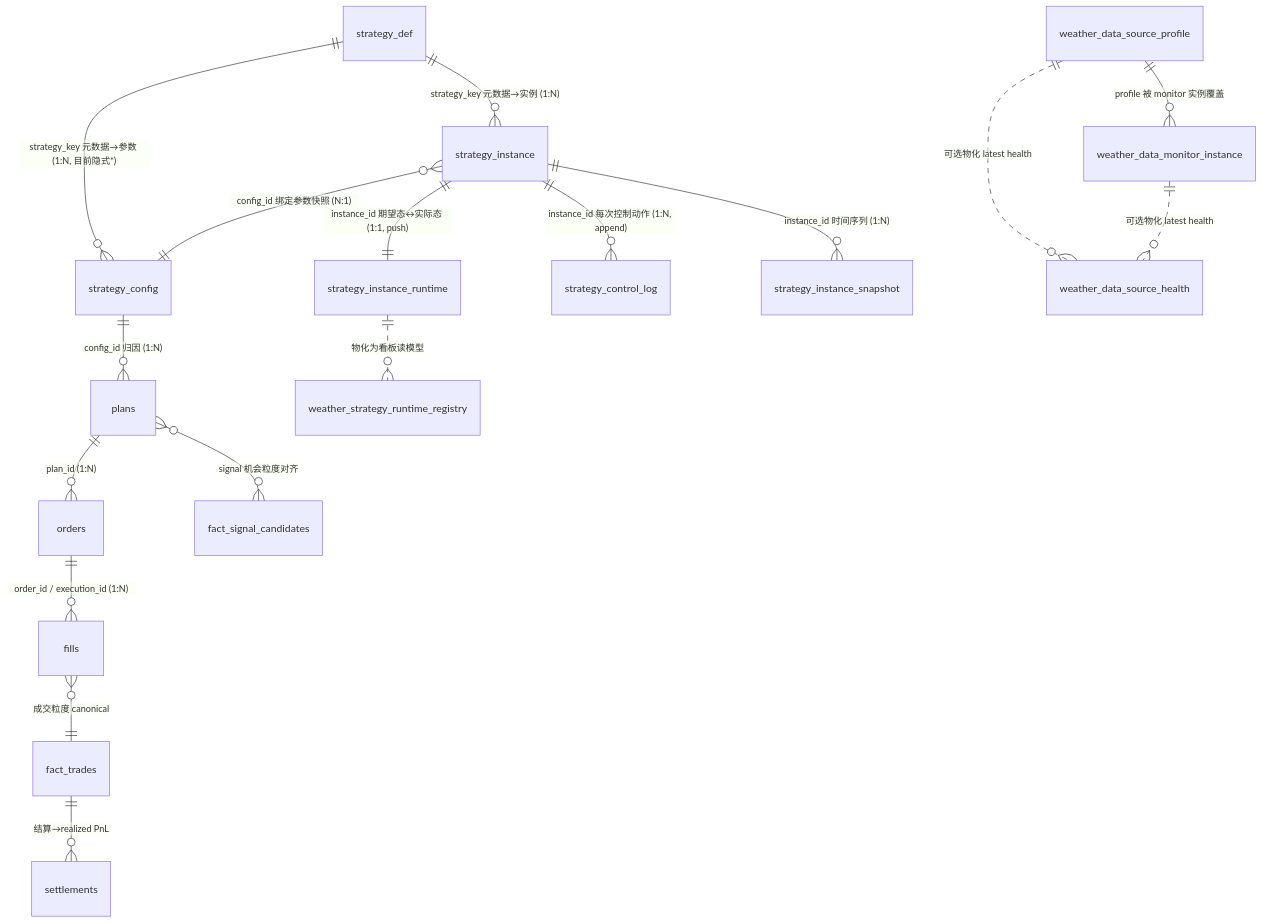
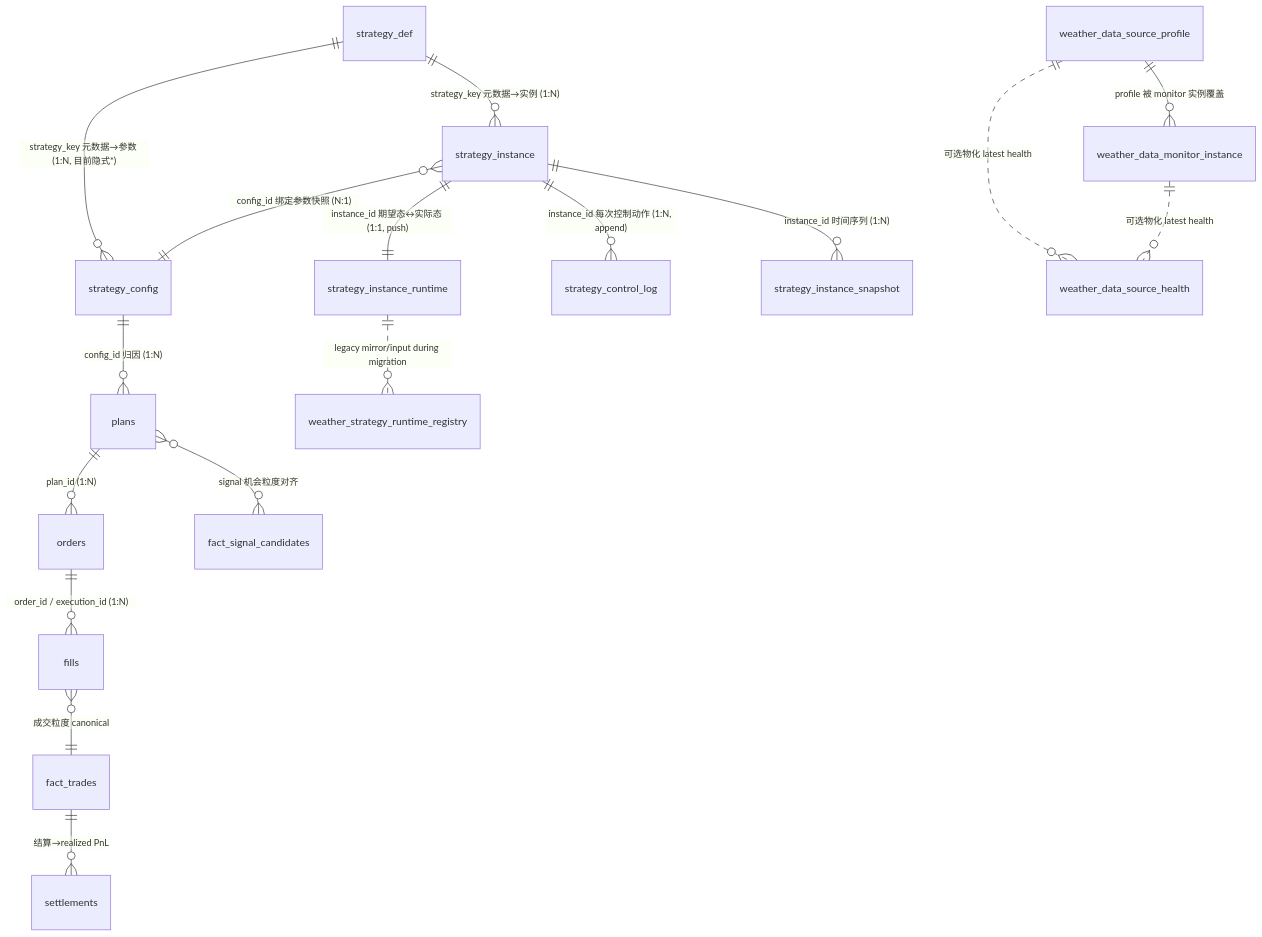
One commit to jiaruihz/pm_agents changed the diagram in docs/WEATHER_STRATEGY_RUNTIME_PLATFORM_DESIGN.md. Above: the diagram before and after it, drawn with Mermaid. The commit also changed other lines of this file and 8 other files, not shown here.

Commit message:
Add strategy runtime push-state supervisor path

````diff
--- a/docs/WEATHER_STRATEGY_RUNTIME_PLATFORM_DESIGN.md
+++ b/docs/WEATHER_STRATEGY_RUNTIME_PLATFORM_DESIGN.md
@@ -1007,24 +1020,24 @@
 ```mermaid
 erDiagram
     %% ── 定义面（元数据）──
     strategy_def ||--o{ strategy_instance : "strategy_key 元数据→实例 (1:N)"
     strategy_def ||--o{ strategy_config : "strategy_key 元数据→参数 (1:N, 目前隐式*)"
     %% ── 控制面 / 运行时面 ──
     strategy_instance ||--|| strategy_instance_runtime : "instance_id 期望态↔实际态 (1:1, push)"
     strategy_instance ||--o{ strategy_control_log : "instance_id 每次控制动作 (1:N, append)"
     strategy_instance ||--o{ strategy_instance_snapshot : "instance_id 时间序列 (1:N)"
     %% ── 实例 → 主血缘（attribution 桥）──
     strategy_instance }o--|| strategy_config : "config_id 绑定参数快照 (N:1)"
     strategy_config ||--o{ plans : "config_id 归因 (1:N)"
     plans ||--o{ orders : "plan_id (1:N)"
     orders ||--o{ fills : "order_id / execution_id (1:N)"
     plans }o--o{ fact_signal_candidates : "signal 机会粒度对齐"
     fills }o--|| fact_trades : "成交粒度 canonical"
     fact_trades ||--o{ settlements : "结算→realized PnL"
     %% ── 数据源面 ──
     weather_data_source_profile ||--o{ weather_data_monitor_instance : "profile 被 monitor 实例覆盖"
     weather_data_source_profile ||..o{ weather_data_source_health : "可选物化 latest health"
     weather_data_monitor_instance ||..o{ weather_data_source_health : "可选物化 latest health"
     %% ── 只读读模型 ──
-    strategy_instance_runtime ||..o{ weather_strategy_runtime_registry : "物化为看板读模型"
+    strategy_instance_runtime ||..o{ weather_strategy_runtime_registry : "legacy mirror/input during migration"
 ```
````
